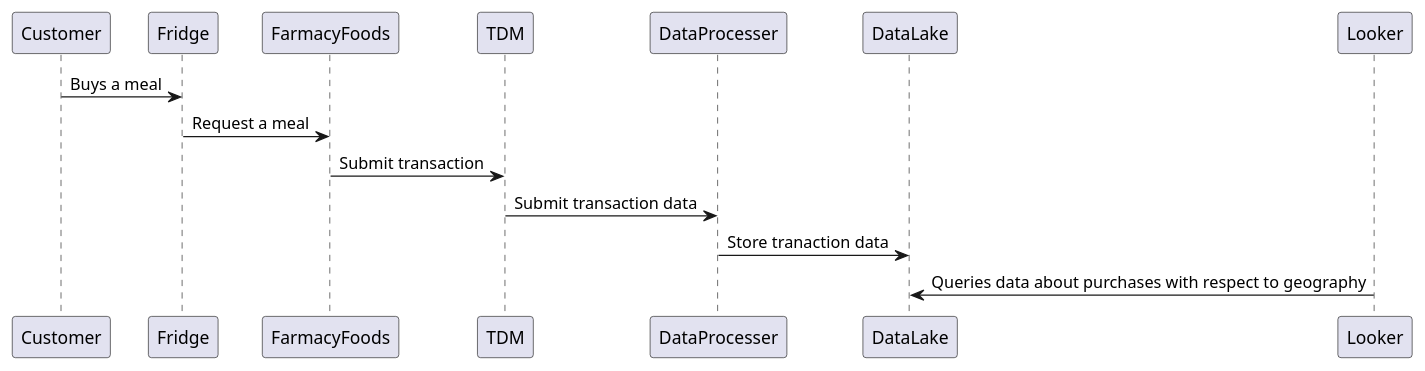
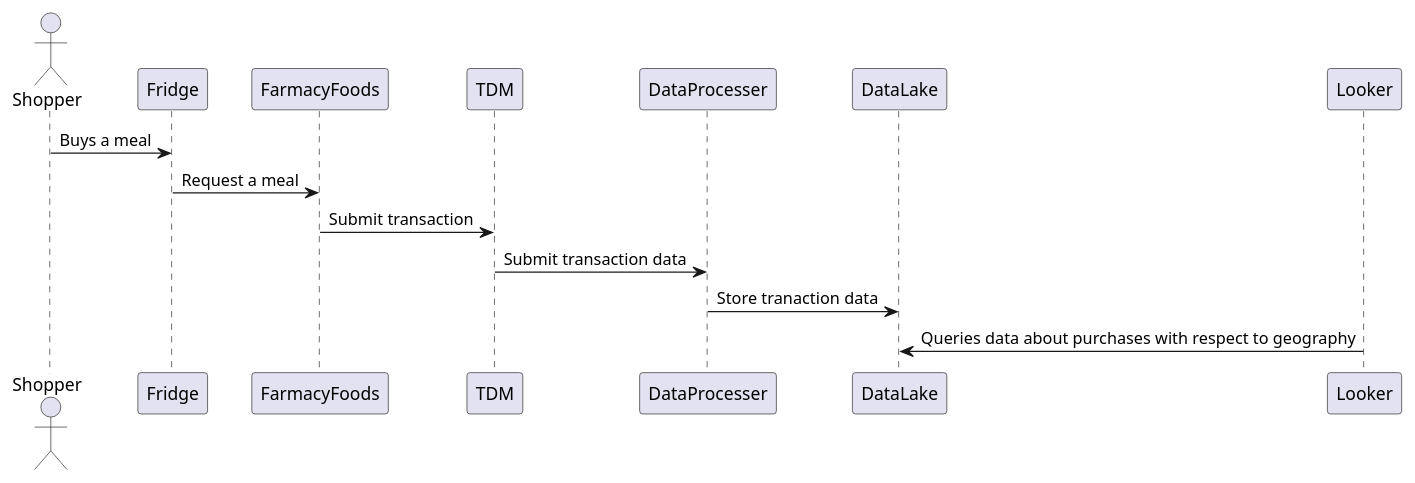
One commit to bd250227/Farmacists changed the diagram in sequence-diagrams/geographical-reporting.plantuml. Above: the diagram before and after it, drawn with PlantUML. The commit also changed 5 other files, not shown here.

Commit message:
Add pngs for diagrams.

```diff
--- a/sequence-diagrams/geographical-reporting.plantuml
+++ b/sequence-diagrams/geographical-reporting.plantuml
@@ -1,8 +1,9 @@
 @startuml
-Customer -> Fridge: Buys a meal
+actor Shopper as Shopper
+Shopper -> Fridge: Buys a meal
 Fridge -> FarmacyFoods: Request a meal
 FarmacyFoods -> TDM: Submit transaction
 TDM -> DataProcesser: Submit transaction data
 DataProcesser -> DataLake: Store tranaction data
 Looker -> DataLake: Queries data about purchases with respect to geography
 @enduml
```
